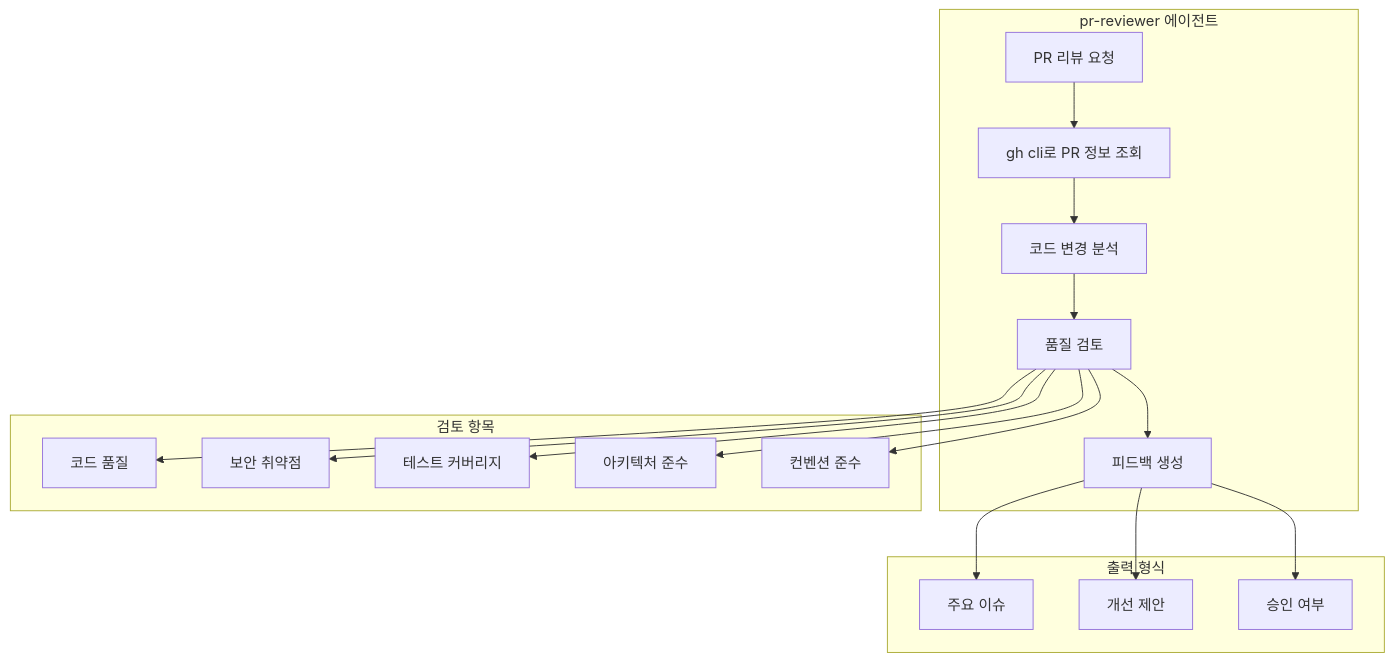
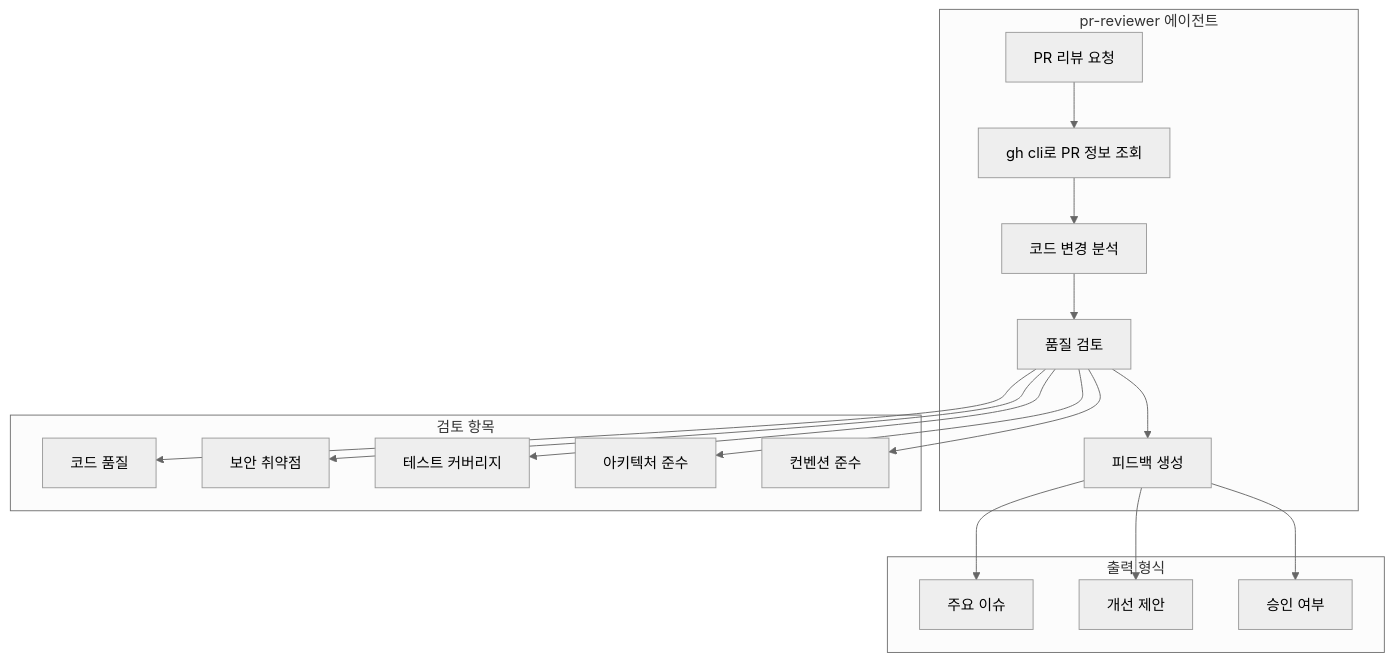
Diagram 17 of 18 in docs/design/workflow.md (tom-yh-choi/handson-vibecoding-demo), drawn with Mermaid before and after one commit. The commit also changed other lines of this file and 1 other file, not shown here.

````diff
--- a/docs/design/workflow.md
+++ b/docs/design/workflow.md
@@ -628,23 +629,24 @@
 ```mermaid
+%%{init: {'theme': 'neutral'}}%%
 flowchart TD
     subgraph Agent["pr-reviewer 에이전트"]
         A["PR 리뷰 요청"] --> B["gh cli로 PR 정보 조회"]
         B --> C["코드 변경 분석"]
         C --> D["품질 검토"]
         D --> E["피드백 생성"]
     end
 
     subgraph Review["검토 항목"]
         D --> D1["코드 품질"]
         D --> D2["보안 취약점"]
         D --> D3["테스트 커버리지"]
         D --> D4["아키텍처 준수"]
         D --> D5["컨벤션 준수"]
     end
 
     subgraph Output["출력 형식"]
         E --> F1["주요 이슈"]
         E --> F2["개선 제안"]
         E --> F3["승인 여부"]
     end
 ```
````
